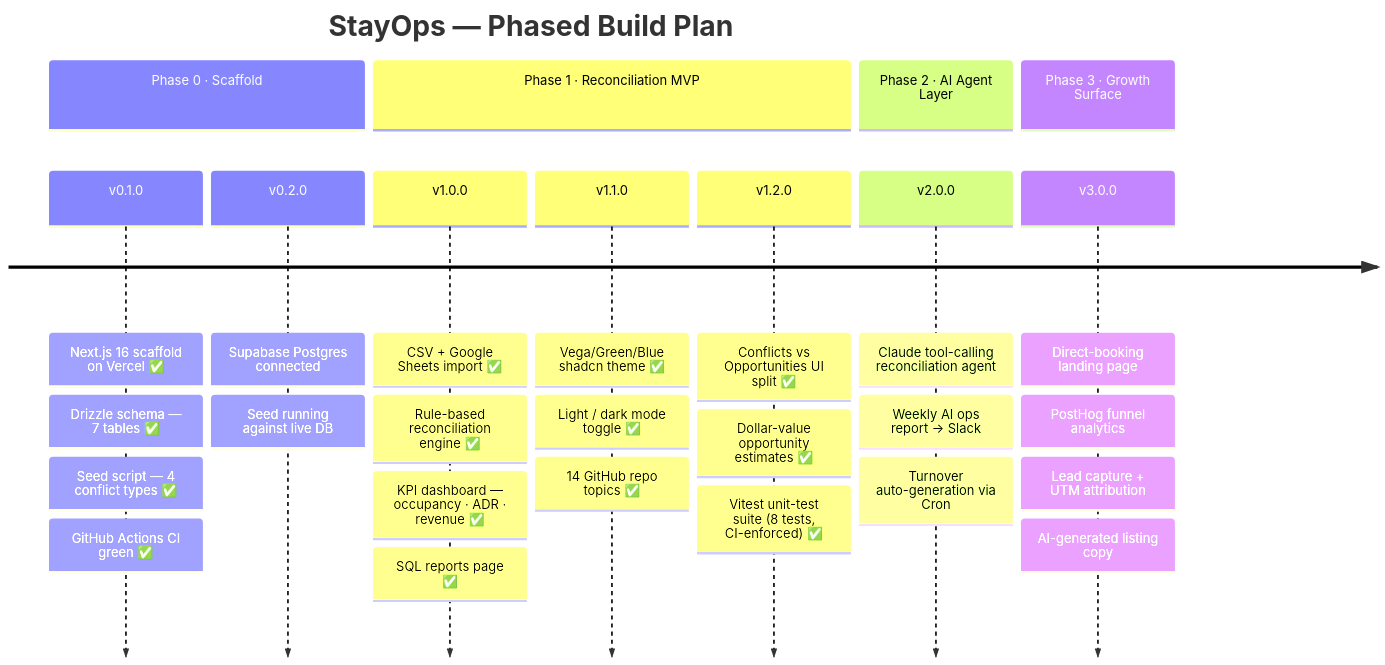
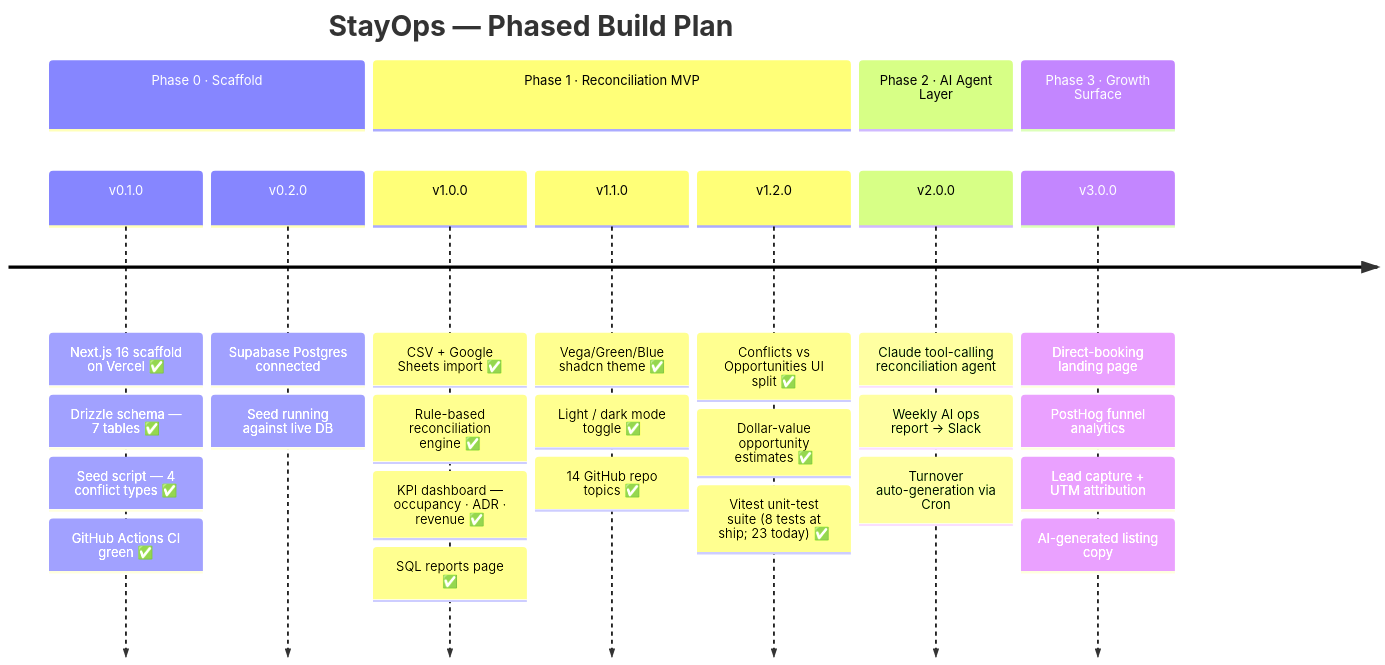
One commit to deepan-mehta-analytics/stayops changed the second of 2 diagrams in README.md. Above: the diagram before and after it, drawn with Mermaid. The commit also changed other lines of this file, not shown here.

First line of the commit message:
docs: Phase 2 closeout — update test counts, phase status, staleness sweep

````diff
--- a/README.md
+++ b/README.md
@@ -471,31 +482,31 @@
 ```mermaid
 timeline
     title StayOps — Phased Build Plan
     section Phase 0 · Scaffold
         v0.1.0 : Next.js 16 scaffold on Vercel ✅
                : Drizzle schema — 7 tables ✅
                : Seed script — 4 conflict types ✅
                : GitHub Actions CI green ✅
         v0.2.0 : Supabase Postgres connected
                : Seed running against live DB
     section Phase 1 · Reconciliation MVP
         v1.0.0 : CSV + Google Sheets import ✅
                : Rule-based reconciliation engine ✅
                : KPI dashboard — occupancy · ADR · revenue ✅
                : SQL reports page ✅
         v1.1.0 : Vega/Green/Blue shadcn theme ✅
                : Light / dark mode toggle ✅
                : 14 GitHub repo topics ✅
         v1.2.0 : Conflicts vs Opportunities UI split ✅
                : Dollar-value opportunity estimates ✅
-               : Vitest unit-test suite (8 tests, CI-enforced) ✅
+               : Vitest unit-test suite (8 tests at ship; 23 today) ✅
     section Phase 2 · AI Agent Layer
         v2.0.0 : Claude tool-calling reconciliation agent
                : Weekly AI ops report → Slack
                : Turnover auto-generation via Cron
     section Phase 3 · Growth Surface
         v3.0.0 : Direct-booking landing page
                : PostHog funnel analytics
                : Lead capture + UTM attribution
                : AI-generated listing copy
 ```
````
